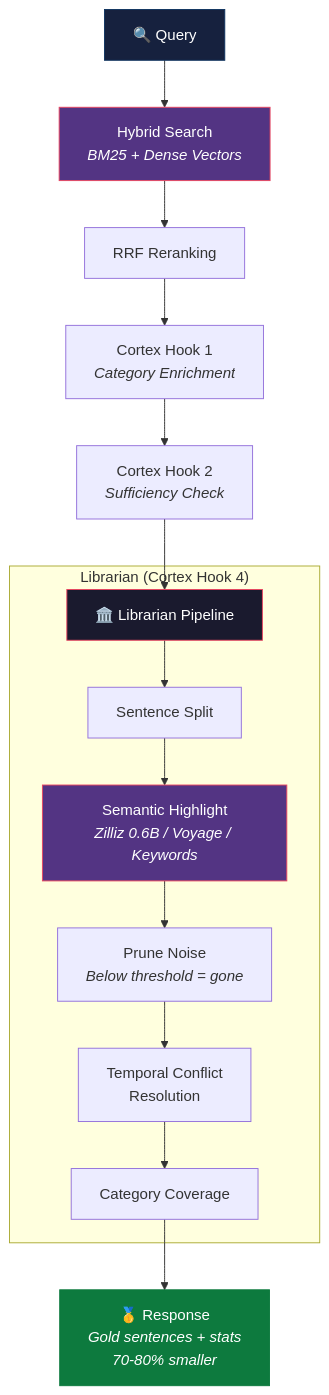
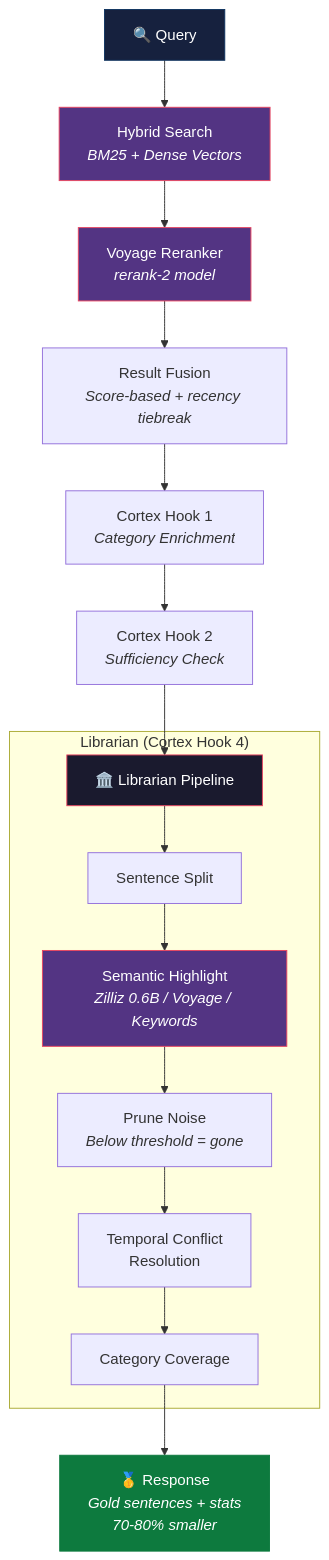
The tenth of 10 diagrams in README.md (TC407-api/titan-memory), drawn with Mermaid before and after one commit. The commit also changed other lines of this file and 30 other files, not shown here.

````diff
--- a/README.md
+++ b/README.md
@@ -518,24 +656,26 @@
 ```mermaid
 graph TD
     Q["🔍 Query"] --> HS["Hybrid Search<br/><i>BM25 + Dense Vectors</i>"]
-    HS --> RRF["RRF Reranking"]
+    HS --> VR["Voyage Reranker<br/><i>rerank-2 model</i>"]
+    VR --> RRF["Result Fusion<br/><i>Score-based + recency tiebreak</i>"]
     RRF --> CB1["Cortex Hook 1<br/><i>Category Enrichment</i>"]
     CB1 --> CB2["Cortex Hook 2<br/><i>Sufficiency Check</i>"]
     CB2 --> LIB["🏛️ Librarian Pipeline"]
 
     subgraph "Librarian (Cortex Hook 4)"
         LIB --> SS["Sentence Split"]
         SS --> SEM["Semantic Highlight<br/><i>Zilliz 0.6B / Voyage / Keywords</i>"]
         SEM --> PRUNE["Prune Noise<br/><i>Below threshold = gone</i>"]
         PRUNE --> TEMP["Temporal Conflict<br/>Resolution"]
         TEMP --> COV["Category Coverage"]
     end
 
     COV --> GOLD["🥇 Response<br/><i>Gold sentences + stats<br/>70-80% smaller</i>"]
 
     style Q fill:#16213e,stroke:#0f3460,color:#fff
     style HS fill:#533483,stroke:#e94560,color:#fff
+    style VR fill:#533483,stroke:#e94560,color:#fff
     style LIB fill:#1a1a2e,stroke:#e94560,color:#fff
     style GOLD fill:#0d7a3e,stroke:#0d7a3e,color:#fff
     style SEM fill:#533483,stroke:#e94560,color:#fff
 ```
````
